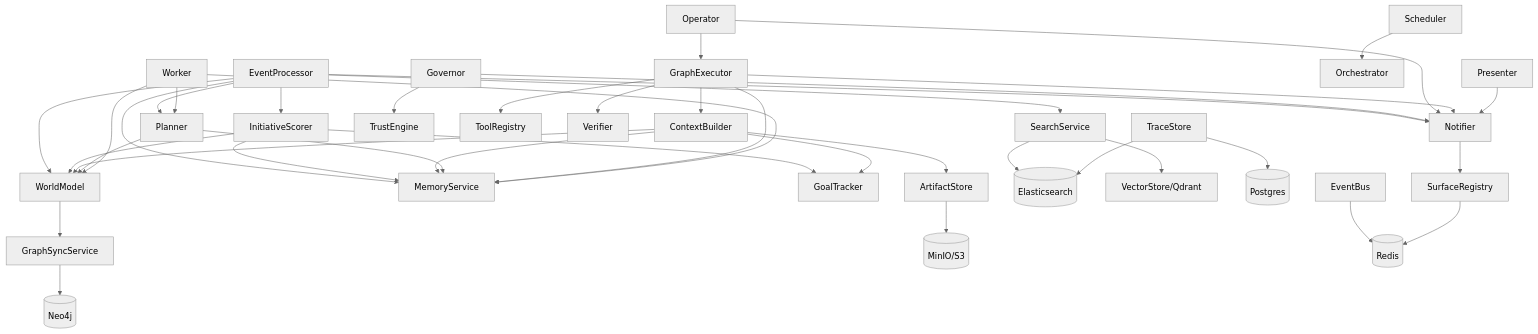
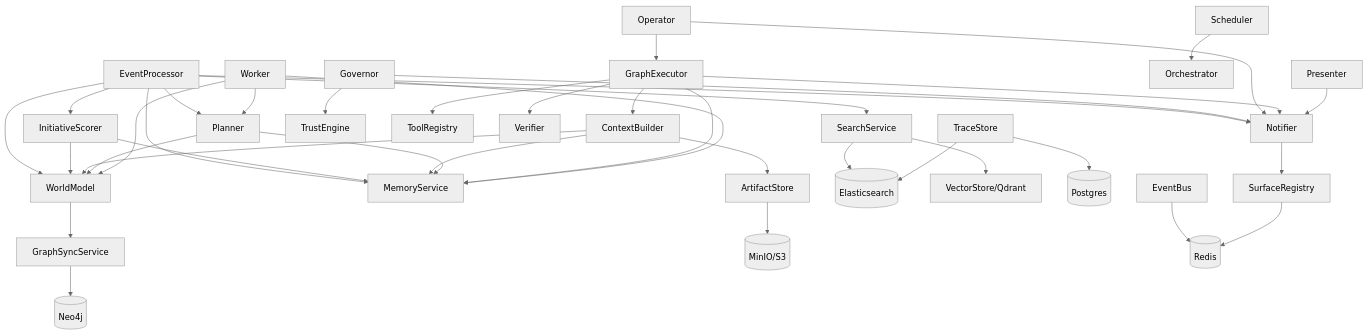
One commit to shivadharmi/muldro changed the diagram in docs/architecture/services.md. Above: the diagram before and after it, drawn with Mermaid (neutral theme). The commit also changed other lines of this file and 25 other files, not shown here.

````diff
--- a/docs/architecture/services.md
+++ b/docs/architecture/services.md
@@ -619,50 +619,47 @@
 ```mermaid
 graph TD
     EP[EventProcessor] --> WM[WorldModel]
     EP --> MS[MemoryService]
     EP --> IS[InitiativeScorer]
     EP --> PL[Planner]
     EP --> NT[Notifier]
     EP --> SS[SearchService]
 
     IS --> WM
     IS --> MS
-    IS --> GT[GoalTracker]
-
     CB[ContextBuilder] --> WM
     CB --> MS
-    CB --> GT
     CB --> AS[ArtifactStore]
 
     PL --> WM
     PL --> MS
 
     GOV[Governor] --> NT
     GOV --> TE[TrustEngine]
 
     OP[Operator] --> GE[GraphExecutor]
     OP --> NT
 
     GE --> CB
     GE --> TR[ToolRegistry]
     GE --> VER[Verifier]
     GE --> MS
     GE --> NT
 
     PR[Presenter] --> NT
 
     SCH[Scheduler] --> ORCH[Orchestrator]
     WK[Worker] --> WM
     WK --> MS
     WK --> PL
 
     SS --> ES[(Elasticsearch)]
     SS --> VS[VectorStore/Qdrant]
     WM --> GSS[GraphSyncService]
     GSS --> N4J[(Neo4j)]
     AS --> S3[(MinIO/S3)]
     TS[TraceStore] --> PG[(Postgres)]
     TS --> ES
     EB[EventBus] --> RD[(Redis)]
     NT --> SR[SurfaceRegistry] --> RD
 ```
````
